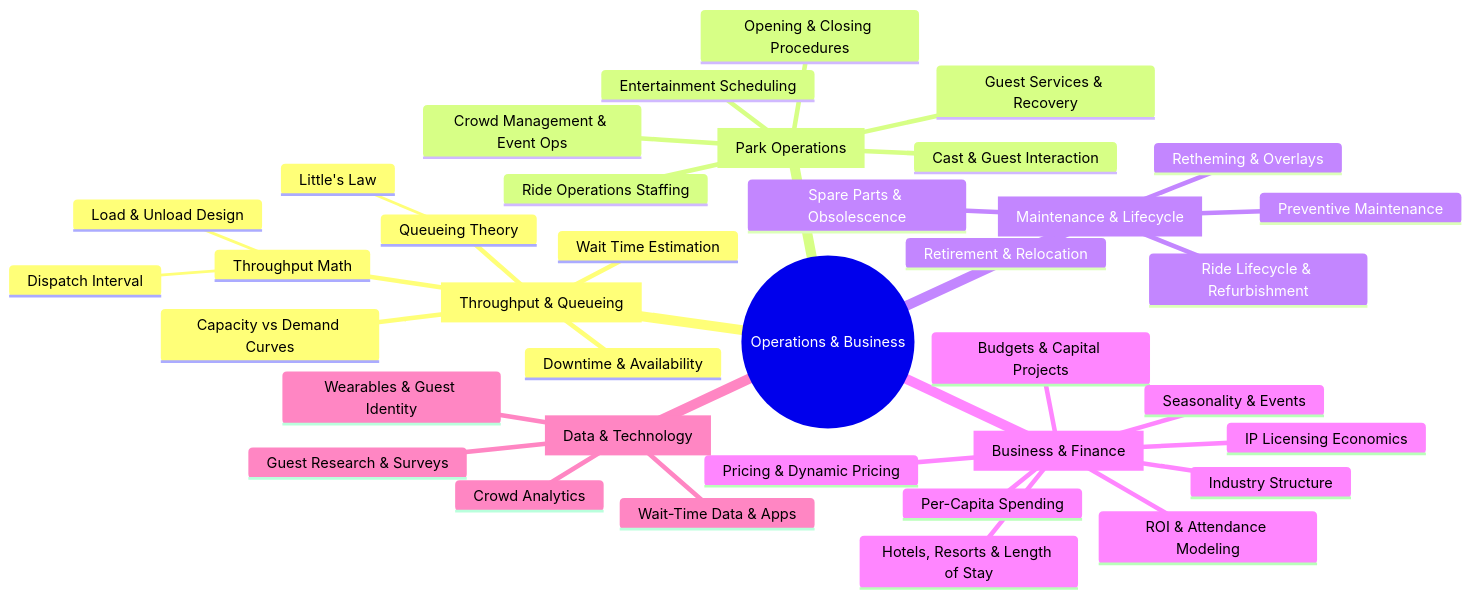
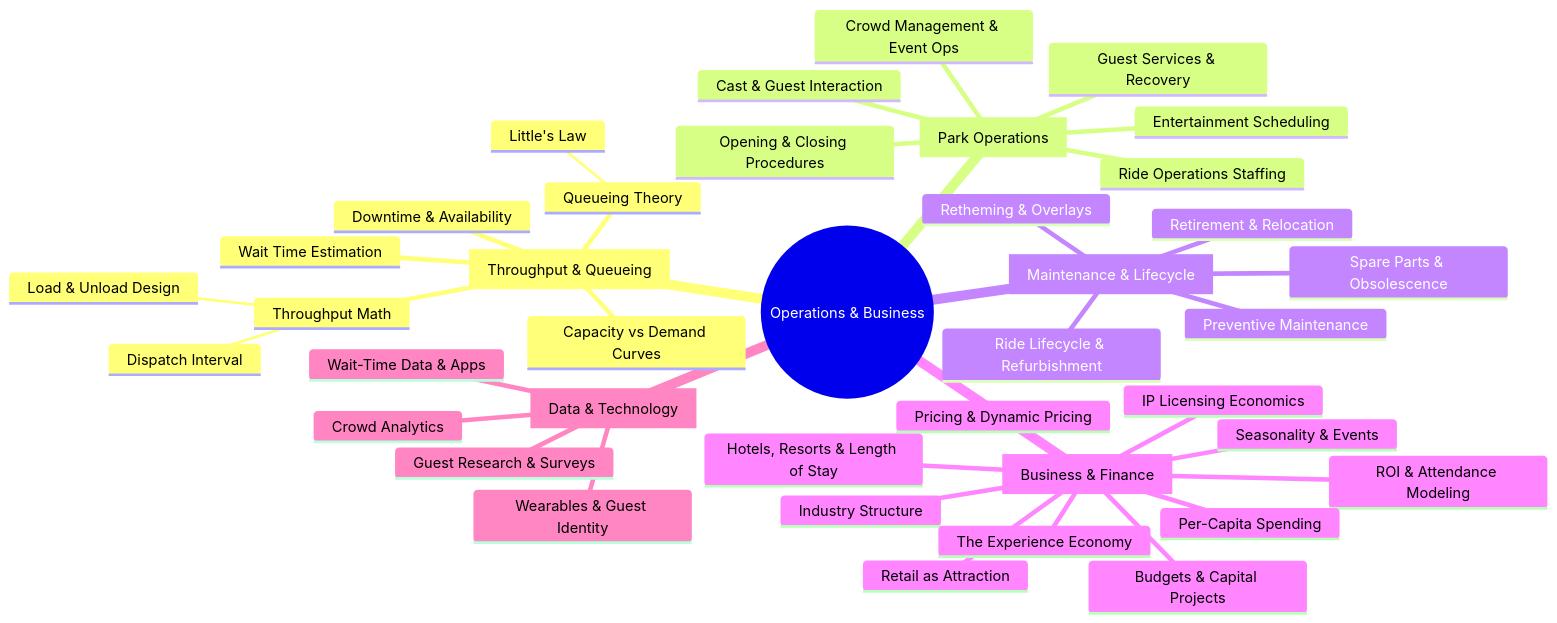
The diagram in content/mindmaps/operations-business.md (harsh20k/theme-park-ride-design), drawn with Mermaid before and after one commit. The commit also changed 41 other files, not shown here.

````diff
--- a/content/mindmaps/operations-business.md
+++ b/content/mindmaps/operations-business.md
@@ -3,40 +3,42 @@
 ```mermaid
 mindmap
   root((Operations & Business))
     throughput_and_queueing[Throughput & Queueing]
       Throughput Math
         Dispatch Interval
         Load & Unload Design
       Queueing Theory
         Little's Law
       Wait Time Estimation
       Downtime & Availability
       Capacity vs Demand Curves
     park_operations[Park Operations]
       Ride Operations Staffing
       Cast & Guest Interaction
       Crowd Management & Event Ops
       Entertainment Scheduling
       Guest Services & Recovery
       Opening & Closing Procedures
     maintenance_and_lifecycle[Maintenance & Lifecycle]
       Preventive Maintenance
       Ride Lifecycle & Refurbishment
       Retheming & Overlays
       Retirement & Relocation
       Spare Parts & Obsolescence
     business_and_finance[Business & Finance]
       Budgets & Capital Projects
       ROI & Attendance Modeling
       Pricing & Dynamic Pricing
       Per-Capita Spending
       Seasonality & Events
       Hotels, Resorts & Length of Stay
       IP Licensing Economics
       Industry Structure
+      The Experience Economy
+      Retail as Attraction
     data_and_technology[Data & Technology]
       Wait-Time Data & Apps
       Wearables & Guest Identity
       Crowd Analytics
       Guest Research & Surveys
 ```
````
